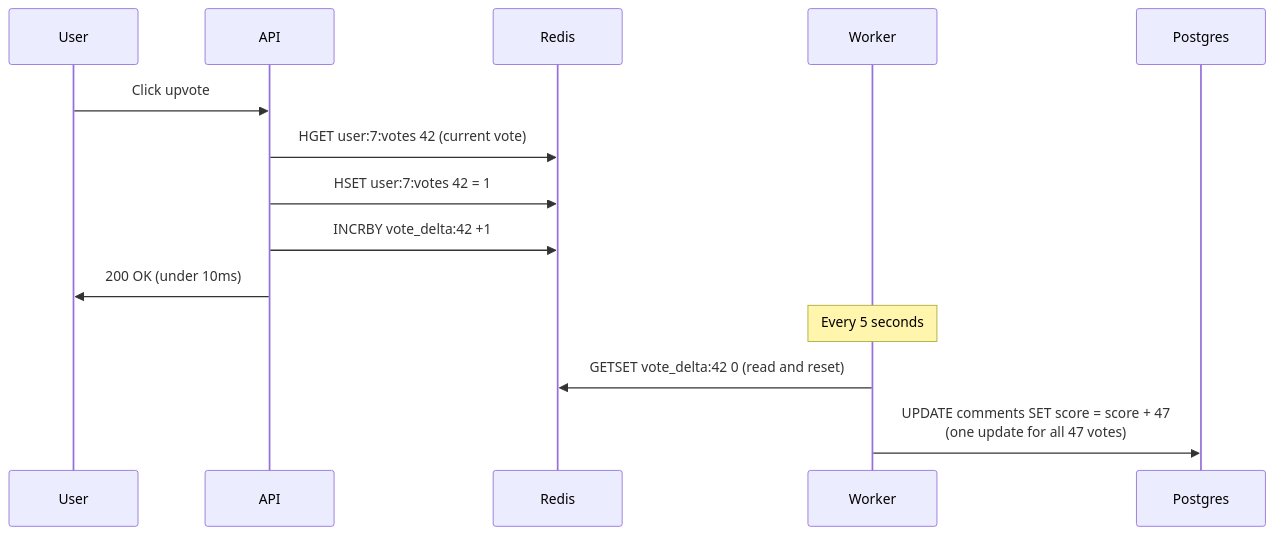
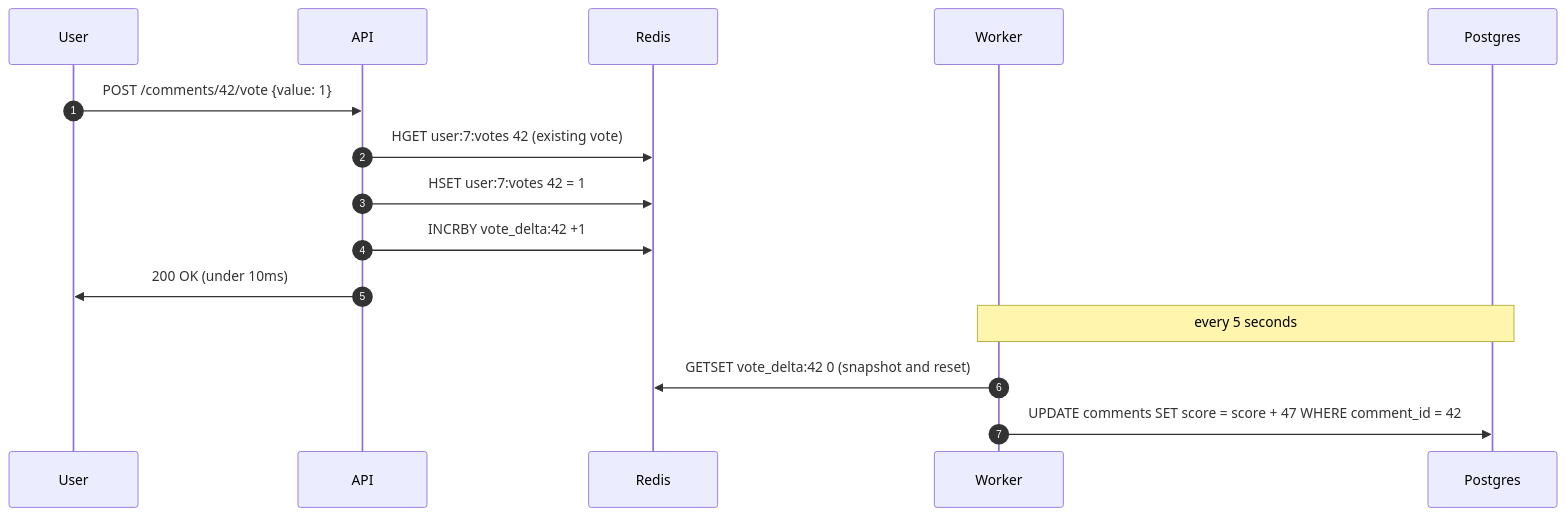
One commit to shiningflash/system-design changed the tenth of 11 diagrams in problems/015-comment-system/question.md. Above: the diagram before and after it, drawn with Mermaid. The commit also changed other lines of this file and 38 other files, not shown here.

````diff
--- a/problems/015-comment-system/question.md
+++ b/problems/015-comment-system/question.md
@@ -329,18 +443,19 @@
 ```mermaid
 sequenceDiagram
+    autonumber
     participant User
     participant API
     participant Redis
     participant Worker
-    participant Postgres
+    participant DB as Postgres
 
-    User->>API: Click upvote
-    API->>Redis: HGET user:7:votes 42 (current vote)
+    User->>API: POST /comments/42/vote {value: 1}
+    API->>Redis: HGET user:7:votes 42 (existing vote)
     API->>Redis: HSET user:7:votes 42 = 1
     API->>Redis: INCRBY vote_delta:42 +1
     API->>User: 200 OK (under 10ms)
 
-    Note over Worker: Every 5 seconds
-    Worker->>Redis: GETSET vote_delta:42 0 (read and reset)
-    Worker->>Postgres: UPDATE comments SET score = score + 47<br/>(one update for all 47 votes)
+    Note over Worker,DB: every 5 seconds
+    Worker->>Redis: GETSET vote_delta:42 0 (snapshot and reset)
+    Worker->>DB: UPDATE comments SET score = score + 47 WHERE comment_id = 42
 ```
````
